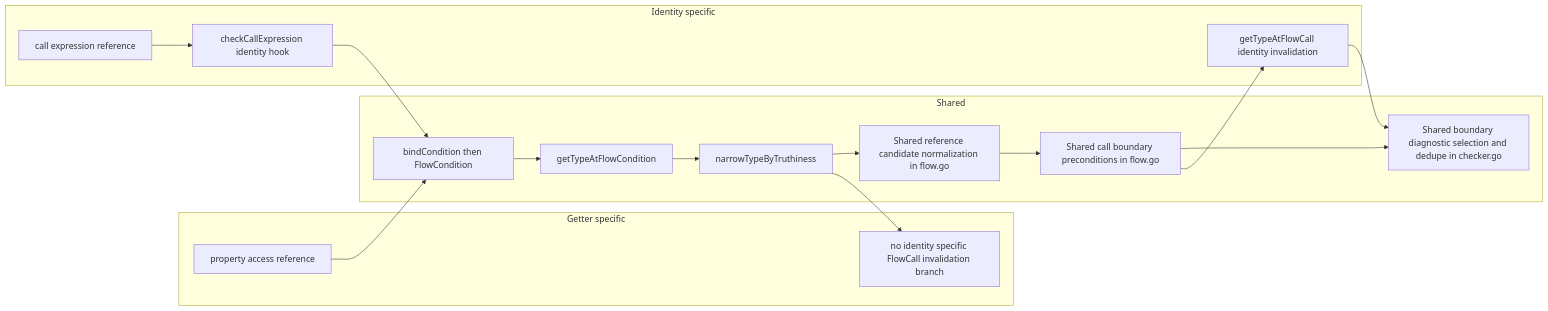
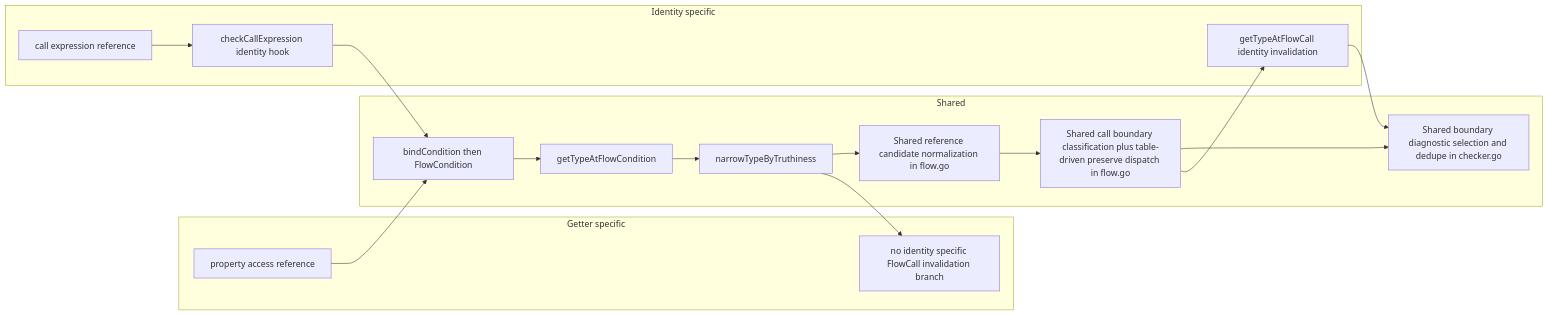
The third of 3 diagrams in docs/identity-phase1-pr-description.md (kbrilla/typescript-go), drawn with Mermaid before and after one commit. The commit also changed other lines of this file and 1 other file, not shown here.

Commit message:
Phase 1: table-drive identity boundary preserve rules

````diff
--- a/docs/identity-phase1-pr-description.md
+++ b/docs/identity-phase1-pr-description.md
@@ -80,27 +80,27 @@
 ```mermaid
 flowchart LR
   subgraph Shared["Shared"]
     S1["bindCondition then FlowCondition"]
     S2["getTypeAtFlowCondition"]
     S3["narrowTypeByTruthiness"]
     S4["Shared reference candidate normalization in flow.go"]
-    S5["Shared call boundary preconditions in flow.go"]
+    S5["Shared call boundary classification plus table-driven preserve dispatch in flow.go"]
     S6["Shared boundary diagnostic selection and dedupe in checker.go"]
     S1 --> S2 --> S3 --> S4 --> S5 --> S6
   end
 
   subgraph GetterOnly["Getter specific"]
     G1["property access reference"]
     G2["no identity specific FlowCall invalidation branch"]
     G1 --> S1
     S3 --> G2
   end
 
   subgraph IdentityOnly["Identity specific"]
     I1["call expression reference"]
     I2["checkCallExpression identity hook"]
     I3["getTypeAtFlowCall identity invalidation"]
     I1 --> I2 --> S1
     S5 --> I3 --> S6
   end
 ```
````
